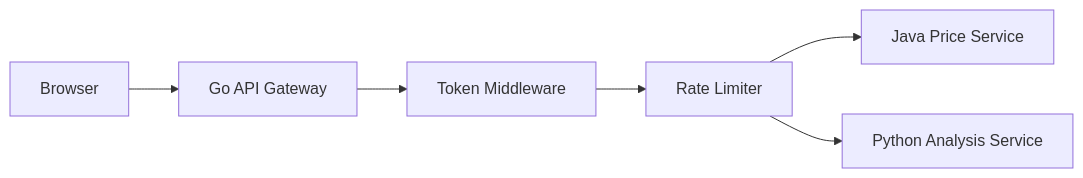
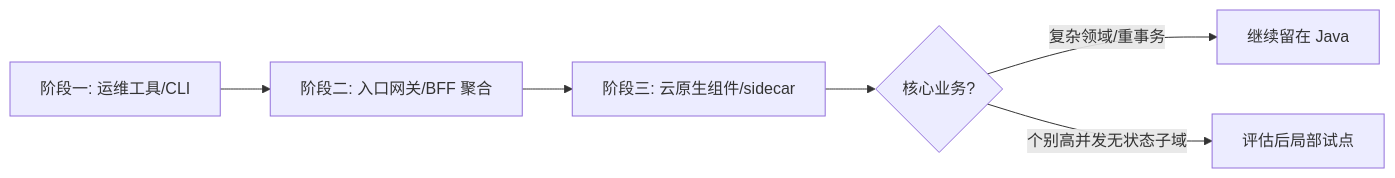
Before and after one commit to xiangganLuo/java-perspective-go-python-fullstack: the second of 2 diagrams in book/chapters/07-go-在全栈架构下的落地场景实战.md, drawn with Mermaid. The commit also changed other lines of this file and 17 other files, not shown here.

````diff
--- a/book/chapters/07-go-在全栈架构下的落地场景实战.md
+++ b/book/chapters/07-go-在全栈架构下的落地场景实战.md
@@ -17,8 +403,8 @@
 ```mermaid
 flowchart LR
-  Browser --> Gateway[Go API Gateway]
-  Gateway --> Auth[Token Middleware]
-  Auth --> Rate[Rate Limiter]
-  Rate --> JavaPrice[Java Price Service]
-  Rate --> PythonAnalyze[Python Analysis Service]
+  A[阶段一: 运维工具/CLI] --> B[阶段二: 入口网关/BFF 聚合]
+  B --> C[阶段三: 云原生组件/sidecar]
+  C --> D{核心业务?}
+  D -->|复杂领域/重事务| E[继续留在 Java]
+  D -->|个别高并发无状态子域| F[评估后局部试点]
 ```
````
